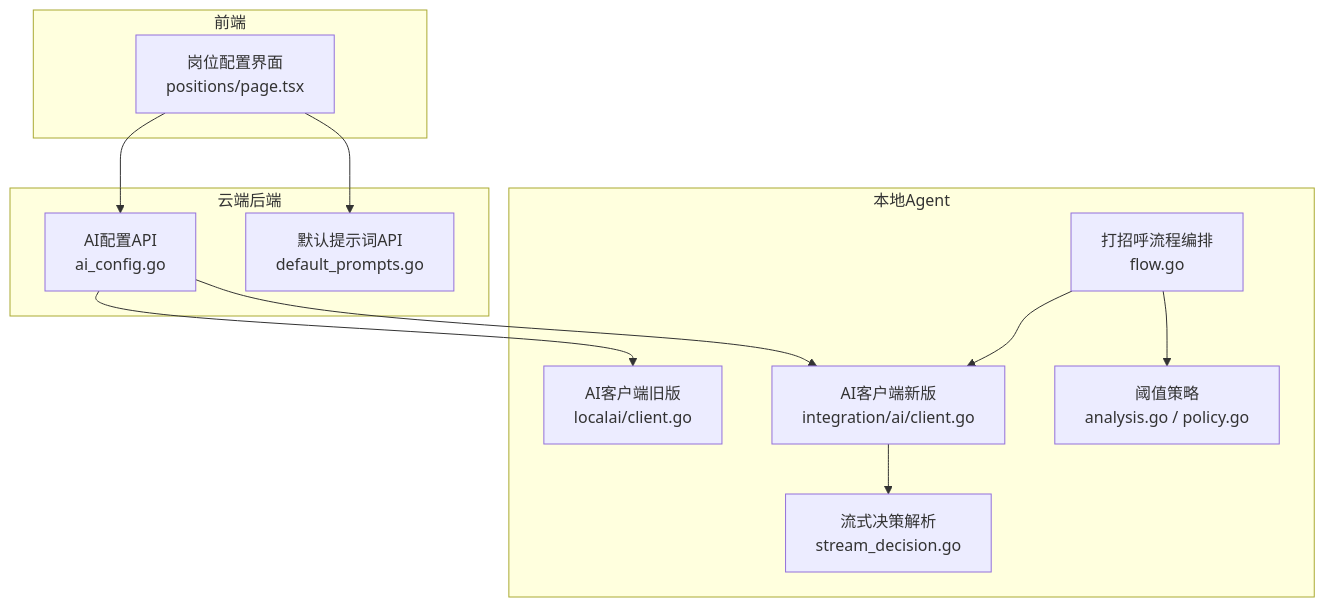
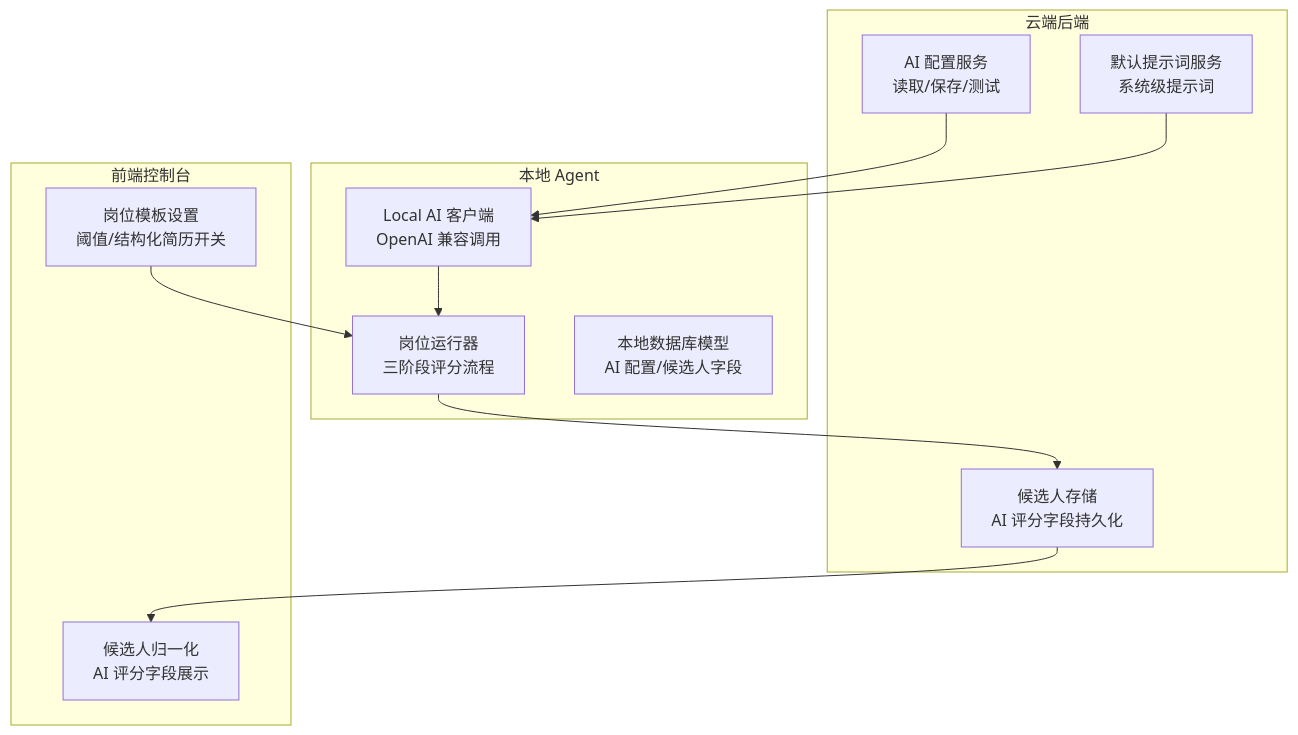
The first of 9 diagrams in .qoder/repowiki/zh/content/云端后端服务/候选人处理系统/AI匹配评分/AI匹配评分.md (alvinwangzi/goodhr), drawn with Mermaid before and after one commit. The commit also changed other lines of this file and 149 other files, not shown here.

````diff
--- a/.qoder/repowiki/zh/content/云端后端服务/候选人处理系统/AI匹配评分/AI匹配评分.md
+++ b/.qoder/repowiki/zh/content/云端后端服务/候选人处理系统/AI匹配评分/AI匹配评分.md
@@ -39,24 +43,23 @@
 ```mermaid
 graph TB
 subgraph "云端后端"
-A["AI配置API<br/>ai_config.go"]
-B["默认提示词API<br/>default_prompts.go"]
+A["AI 配置服务<br/>读取/保存/测试"]
+B["默认提示词服务<br/>系统级提示词"]
+C["候选人存储<br/>AI 评分字段持久化"]
 end
-subgraph "本地Agent"
-C["AI客户端旧版<br/>localai/client.go"]
-D["AI客户端新版<br/>integration/ai/client.go"]
-E["流式决策解析<br/>stream_decision.go"]
-F["打招呼流程编排<br/>flow.go"]
-G["阈值策略<br/>analysis.go / policy.go"]
+subgraph "本地 Agent"
+D["Local AI 客户端<br/>OpenAI 兼容调用"]
+E["岗位运行器<br/>三阶段评分流程"]
+F["本地数据库模型<br/>AI 配置/候选人字段"]
 end
-subgraph "前端"
-H["岗位配置界面<br/>positions/page.tsx"]
+subgraph "前端控制台"
+G["岗位模板设置<br/>阈值/结构化简历开关"]
+H["候选人归一化<br/>AI 评分字段展示"]
 end
-H --> A
-H --> B
-A --> C
+G --> E
 A --> D
+B --> D
 D --> E
-F --> D
-F --> G
+E --> C
+C --> H
 ```
````
